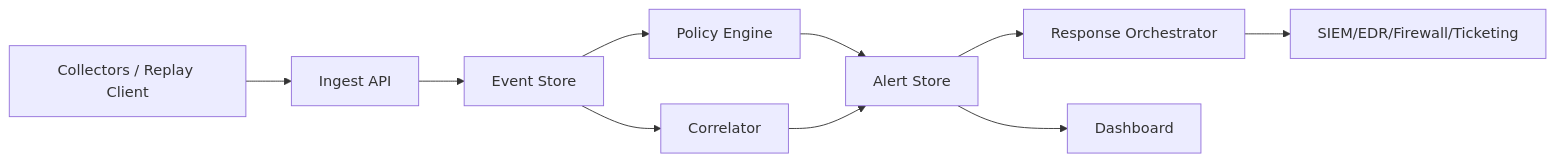
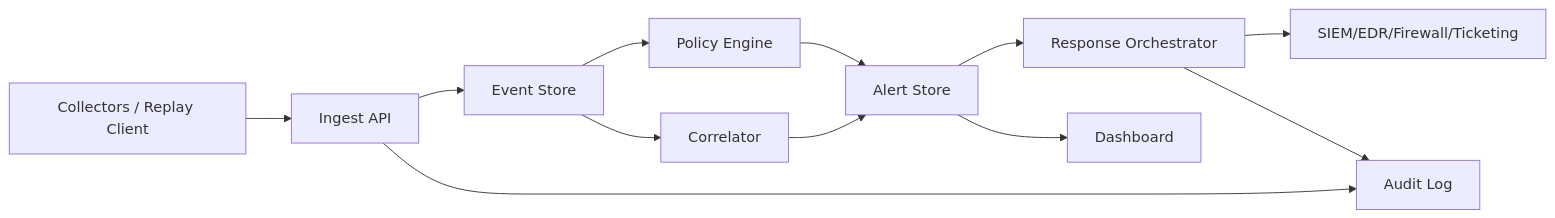
Before and after one commit to hunterinvariants/open-agentic-threat-defense: the diagram in docs/architecture.md, drawn with Mermaid. The commit also changed other lines of this file and 17 other files, not shown here.

````diff
--- a/docs/architecture.md
+++ b/docs/architecture.md
@@ -94,12 +101,14 @@
 ```mermaid
 flowchart LR
   A["Collectors / Replay Client"] --> B["Ingest API"]
   B --> C["Event Store"]
   C --> D["Policy Engine"]
   C --> E["Correlator"]
   D --> F["Alert Store"]
   E --> F
   F --> G["Response Orchestrator"]
   G --> H["SIEM/EDR/Firewall/Ticketing"]
   F --> I["Dashboard"]
+  B --> J["Audit Log"]
+  G --> J
 ```
````
